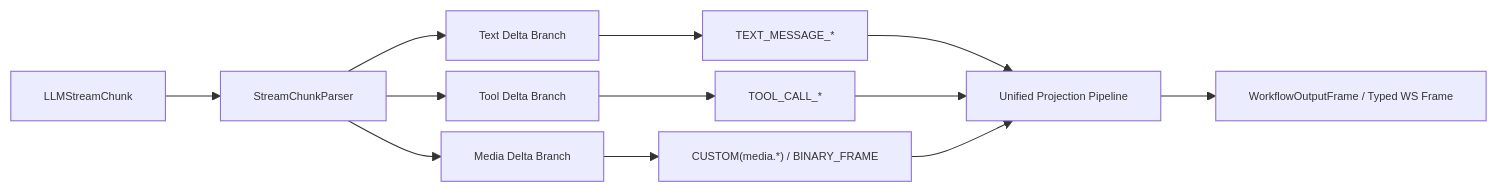
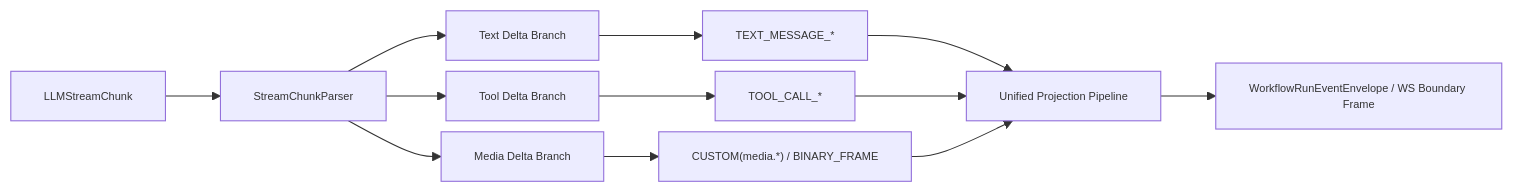
The fifth of 5 diagrams in docs/WORKFLOW_LLM_STREAMING_ARCHITECTURE.md (aevatarAI/aevatar), drawn with Mermaid before and after one commit. The commit also changed other lines of this file and 77 other files, not shown here.

First line of the commit message:
Refactor command interaction services and enhance CQRS architecture

````diff
--- a/docs/WORKFLOW_LLM_STREAMING_ARCHITECTURE.md
+++ b/docs/WORKFLOW_LLM_STREAMING_ARCHITECTURE.md
@@ -360,15 +360,15 @@
 ```mermaid
 %%{init: {"maxTextSize": 100000, "flowchart": {"useMaxWidth": false, "nodeSpacing": 10, "rankSpacing": 50}, "themeVariables": {"fontSize": "10px"}}}%%
 flowchart LR
     CHUNK["LLMStreamChunk"] --> PAR["StreamChunkParser"]
     PAR --> TXT["Text Delta Branch"]
     PAR --> TOOL["Tool Delta Branch"]
     PAR --> MED["Media Delta Branch"]
     TXT --> EVT1["TEXT_MESSAGE_*"]
     TOOL --> EVT2["TOOL_CALL_*"]
     MED --> EVT3["CUSTOM(media.*) / BINARY_FRAME"]
     EVT1 --> PROJ["Unified Projection Pipeline"]
     EVT2 --> PROJ
     EVT3 --> PROJ
-    PROJ --> OUT["WorkflowOutputFrame / Typed WS Frame"]
+    PROJ --> OUT["WorkflowRunEventEnvelope / WS Boundary Frame"]
 ```
````
